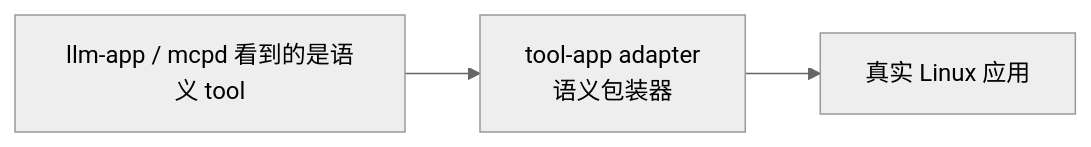
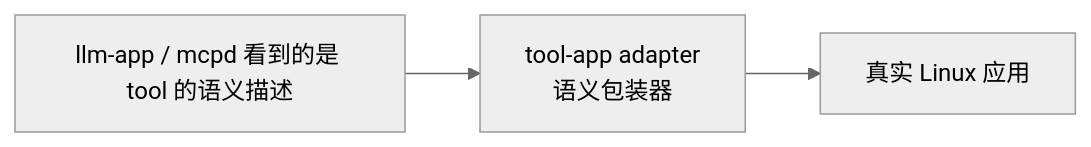
One commit to xiheng724/linux_mcp changed the sixth of 6 diagrams in 演示讲义.md. Above: the diagram before and after it, drawn with Mermaid (neutral theme). The commit also changed other lines of this file and 4 other files, not shown here.

````diff
--- a/演示讲义.md
+++ b/演示讲义.md
@@ -403,9 +371,9 @@
 ```mermaid
 flowchart LR
-    A[llm-app / mcpd 看到的是语义 tool]
+    A[llm-app / mcpd 看到的是 tool 的语义描述]
     B[tool-app adapter<br/>语义包装器]
     C[真实 Linux 应用]
 
     A --> B
     B --> C
 ```
````
